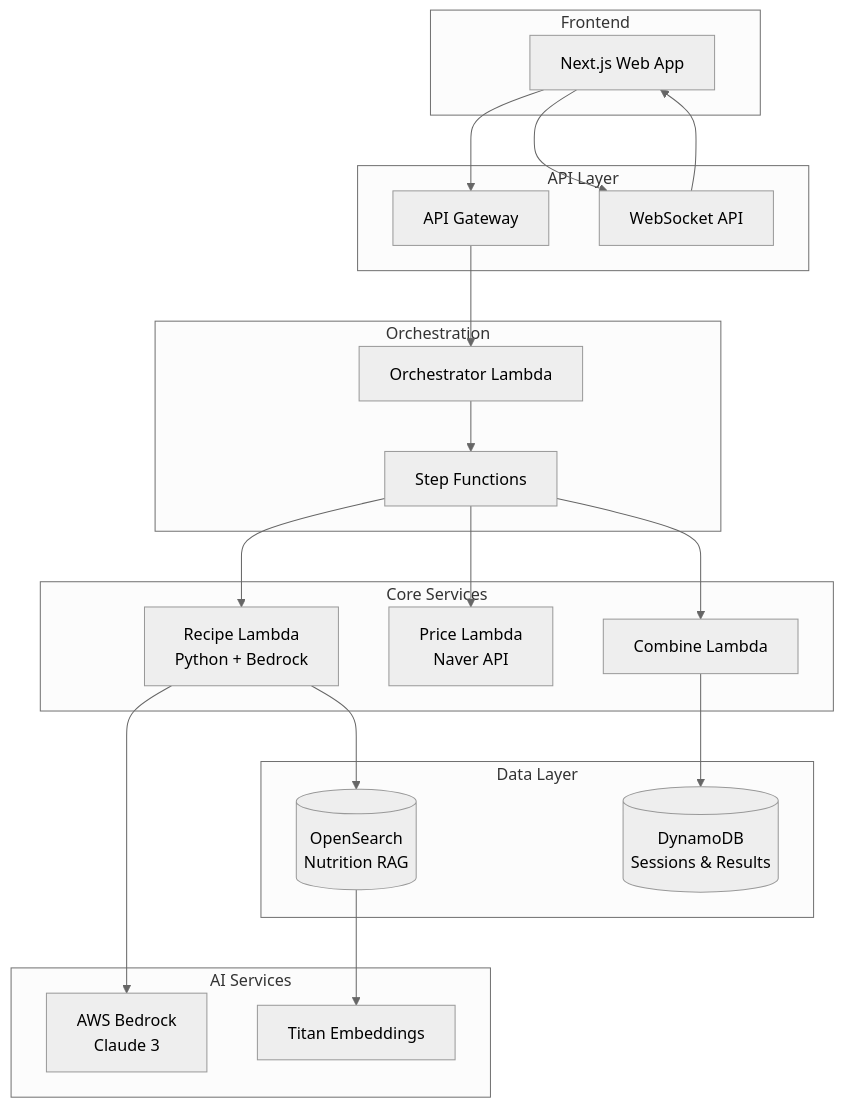
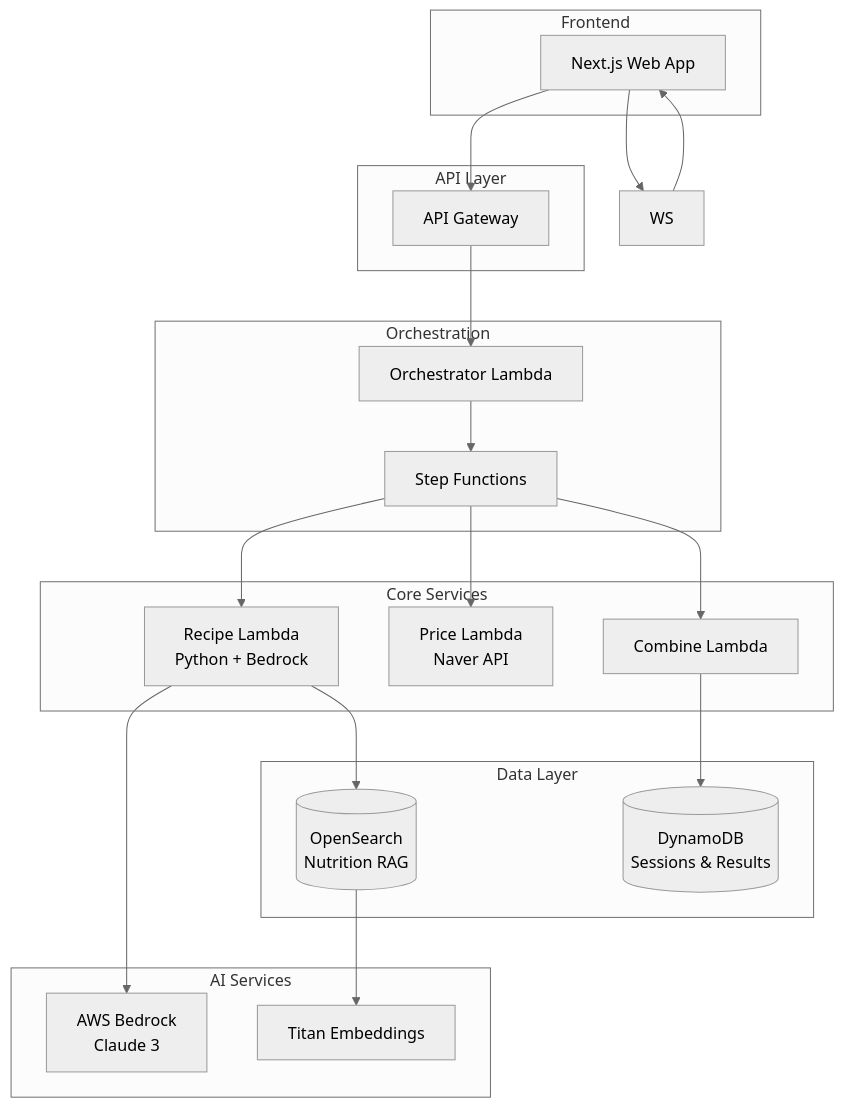
The diagram in docs/backend-specs/serverless-implementation-guide.md (awsqhackathonXddeokssang/team21-aws-hackathon), drawn with Mermaid (neutral theme) before and after one commit. The commit also changed other lines of this file and 7 other files, not shown here.

````diff
--- a/docs/backend-specs/serverless-implementation-guide.md
+++ b/docs/backend-specs/serverless-implementation-guide.md
@@ -8,45 +8,44 @@
 ```mermaid
 graph TB
     subgraph "Frontend"
         WEB[Next.js Web App]
     end
     
     subgraph "API Layer"
         APIGW[API Gateway]
-        WS[WebSocket API]
     end
     
     subgraph "Orchestration"
         SF[Step Functions]
         ORCH[Orchestrator Lambda]
     end
     
     subgraph "Core Services"
         RECIPE[Recipe Lambda<br/>Python + Bedrock]
         PRICE[Price Lambda<br/>Naver API]
         COMBINE[Combine Lambda]
     end
     
     subgraph "Data Layer"
         DDB[(DynamoDB<br/>Sessions & Results)]
         OS[(OpenSearch<br/>Nutrition RAG)]
     end
     
     subgraph "AI Services"
         BEDROCK[AWS Bedrock<br/>Claude 3]
         TITAN[Titan Embeddings]
     end
     
     WEB --> APIGW
     WEB --> WS
     APIGW --> ORCH
     ORCH --> SF
     SF --> RECIPE
     SF --> PRICE
     SF --> COMBINE
     RECIPE --> BEDROCK
     RECIPE --> OS
     OS --> TITAN
     COMBINE --> DDB
     WS --> WEB
 ```
````
